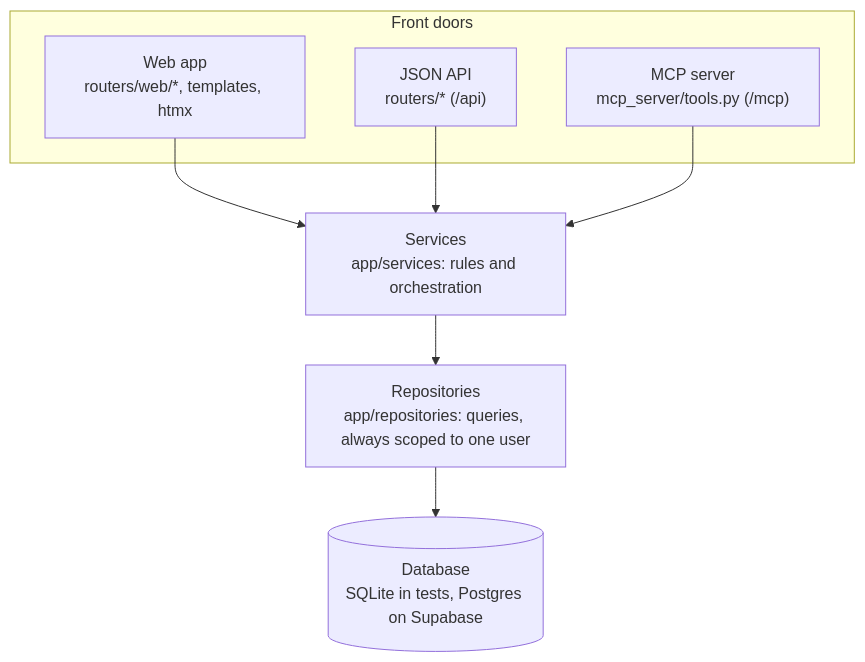
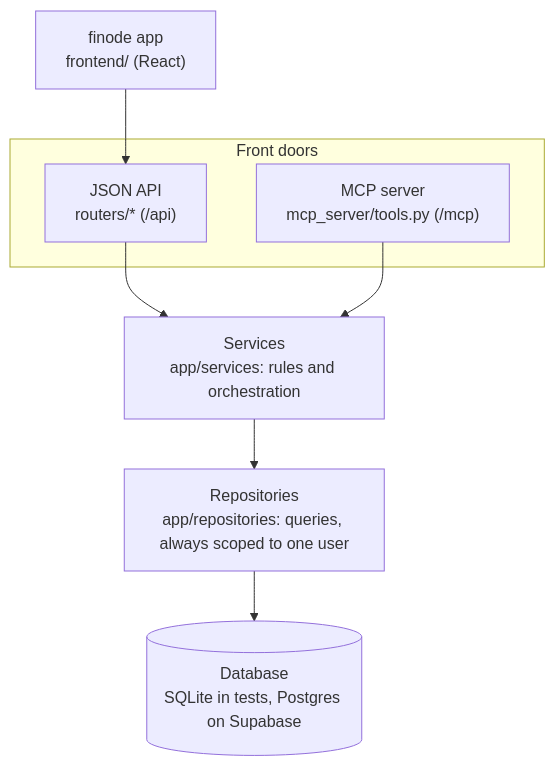
One commit to bijeshmohan/finode changed the first of 3 diagrams in docs/architecture/overview.md. Above: the diagram before and after it, drawn with Mermaid. The commit also changed other lines of this file and 20 other files, not shown here.

````diff
--- a/docs/architecture/overview.md
+++ b/docs/architecture/overview.md
@@ -13,16 +12,15 @@
 ```mermaid
 flowchart TD
     subgraph FD["Front doors"]
-        W["Web app<br/>routers/web/*, templates, htmx"]
         A["JSON API<br/>routers/*  (/api)"]
         M["MCP server<br/>mcp_server/tools.py  (/mcp)"]
     end
     S["Services<br/>app/services: rules and orchestration"]
     R["Repositories<br/>app/repositories: queries, always scoped to one user"]
     D[("Database<br/>SQLite in tests, Postgres on Supabase")]
-    W --> S
+    W["finode app<br/>frontend/ (React)"] --> A
     A --> S
     M --> S
     S --> R
     R --> D
 ```
````
